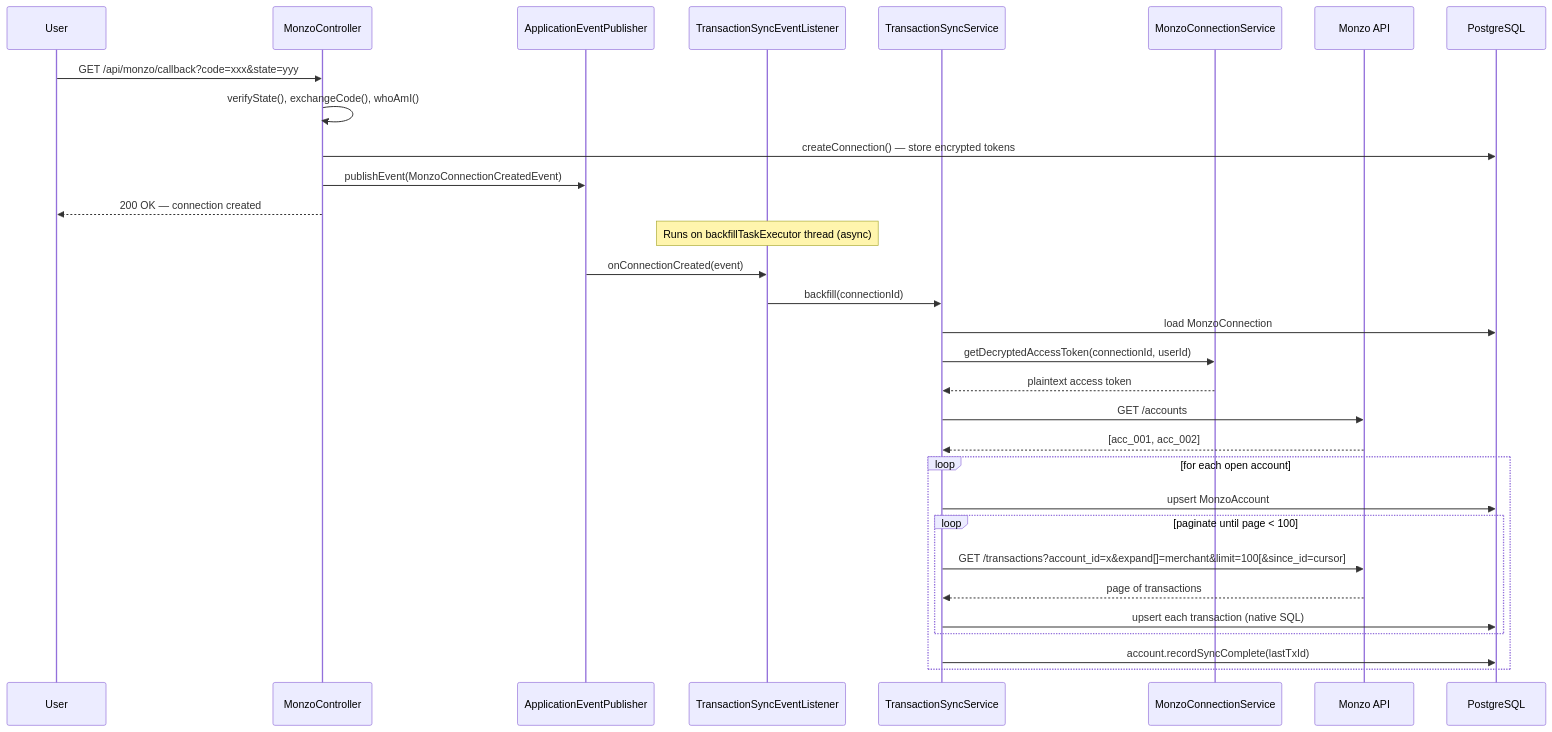
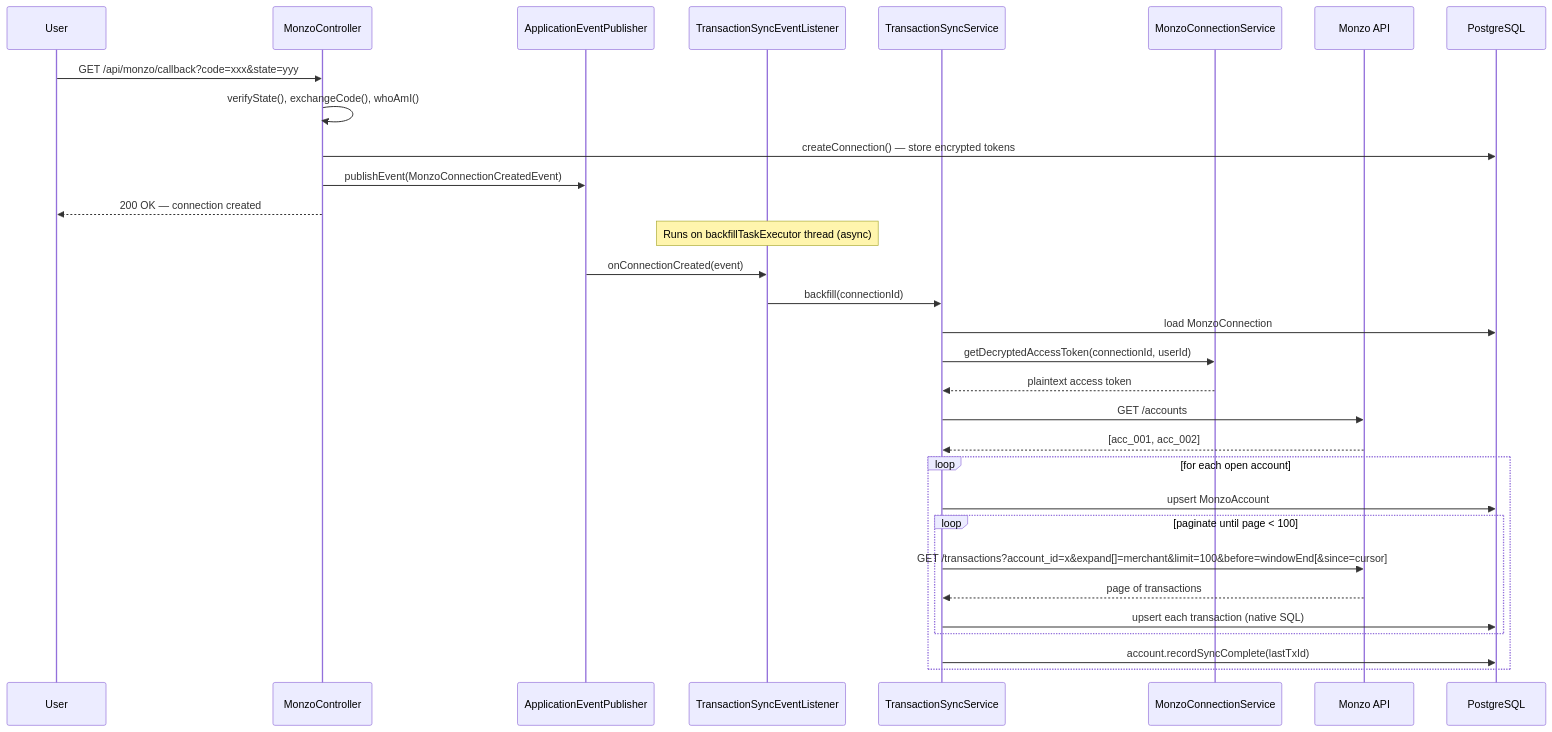
Before and after one commit to alexandermfisher/budgeteer: the first of 3 diagrams in docs/features/MONZO-TRANSACTION-SYNC.md, drawn with Mermaid. The commit also changed other lines of this file and 6 other files, not shown here.

````diff
--- a/docs/features/MONZO-TRANSACTION-SYNC.md
+++ b/docs/features/MONZO-TRANSACTION-SYNC.md
@@ -143,41 +143,41 @@
 ```mermaid
 sequenceDiagram
     participant User
     participant MonzoController
     participant EventBus as ApplicationEventPublisher
     participant Listener as TransactionSyncEventListener
     participant SyncService as TransactionSyncService
     participant ConnService as MonzoConnectionService
     participant MonzoAPI as Monzo API
     participant DB as PostgreSQL
 
     User->>MonzoController: GET /api/monzo/callback?code=xxx&state=yyy
     MonzoController->>MonzoController: verifyState(), exchangeCode(), whoAmI()
     MonzoController->>DB: createConnection() — store encrypted tokens
     MonzoController->>EventBus: publishEvent(MonzoConnectionCreatedEvent)
     MonzoController-->>User: 200 OK — connection created
 
     Note over Listener: Runs on backfillTaskExecutor thread (async)
 
     EventBus->>Listener: onConnectionCreated(event)
     Listener->>SyncService: backfill(connectionId)
 
     SyncService->>DB: load MonzoConnection
     SyncService->>ConnService: getDecryptedAccessToken(connectionId, userId)
     ConnService-->>SyncService: plaintext access token
 
     SyncService->>MonzoAPI: GET /accounts
     MonzoAPI-->>SyncService: [acc_001, acc_002]
 
     loop for each open account
         SyncService->>DB: upsert MonzoAccount
 
         loop paginate until page < 100
-            SyncService->>MonzoAPI: GET /transactions?account_id=x&expand[]=merchant&limit=100[&since_id=cursor]
+            SyncService->>MonzoAPI: GET /transactions?account_id=x&expand[]=merchant&limit=100&before=windowEnd[&since=cursor]
             MonzoAPI-->>SyncService: page of transactions
             SyncService->>DB: upsert each transaction (native SQL)
         end
 
         SyncService->>DB: account.recordSyncComplete(lastTxId)
     end
 ```
````
